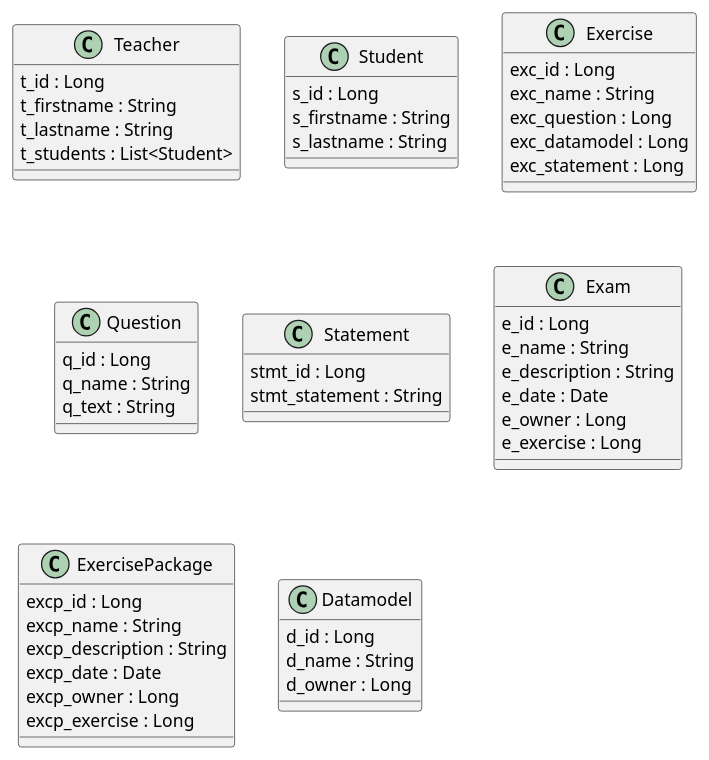
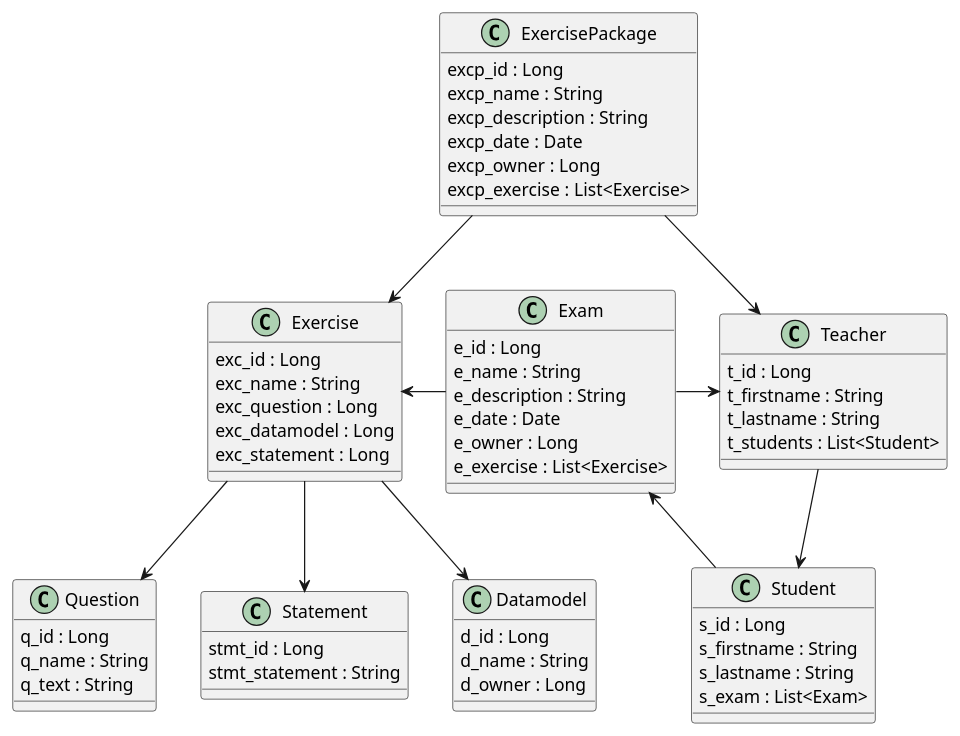
The diagram in asciidocs/plantuml/datamodel.puml (htl-leonding-project/leo-database-learner), drawn with PlantUML before and after one commit. The commit also changed 1 other file, not shown here.

```diff
--- a/asciidocs/plantuml/datamodel.puml
+++ b/asciidocs/plantuml/datamodel.puml
@@ -1,54 +1,64 @@
 @startuml
-
     class Teacher {
       t_id : Long
       t_firstname : String
       t_lastname : String
       t_students : List<Student>
     }
     class Student {
       s_id : Long
       s_firstname : String
       s_lastname : String
+      s_exam : List<Exam>
+      's_knowledge:
     }
     class Exercise {
       exc_id : Long
       exc_name : String
       exc_question : Long
       exc_datamodel : Long
       exc_statement : Long
     }
     class Question {
       q_id : Long
       q_name : String
       q_text : String
     }
     class Statement {
       stmt_id : Long
       stmt_statement : String
     }
     class Exam {
       e_id : Long
       e_name : String
       e_description : String
       e_date : Date
       e_owner : Long
-      e_exercise : Long
+      e_exercise : List<Exercise>
     }
     class ExercisePackage{
       excp_id : Long
       excp_name : String
       excp_description : String
       excp_date : Date
       excp_owner : Long
-      excp_exercise : Long
+      excp_exercise : List<Exercise>
     }
     class Datamodel {
       d_id : Long
       d_name : String
       d_owner : Long
     }
 
+Exam -right-> Teacher
+Exam -left-> Exercise
+ExercisePackage --> Teacher
+ExercisePackage --> Exercise
+Exercise --> Datamodel
+Exercise --> Question
+Exercise --> Statement
+Teacher --> Student
+Student --> Exam
 
 
 @enduml
```
